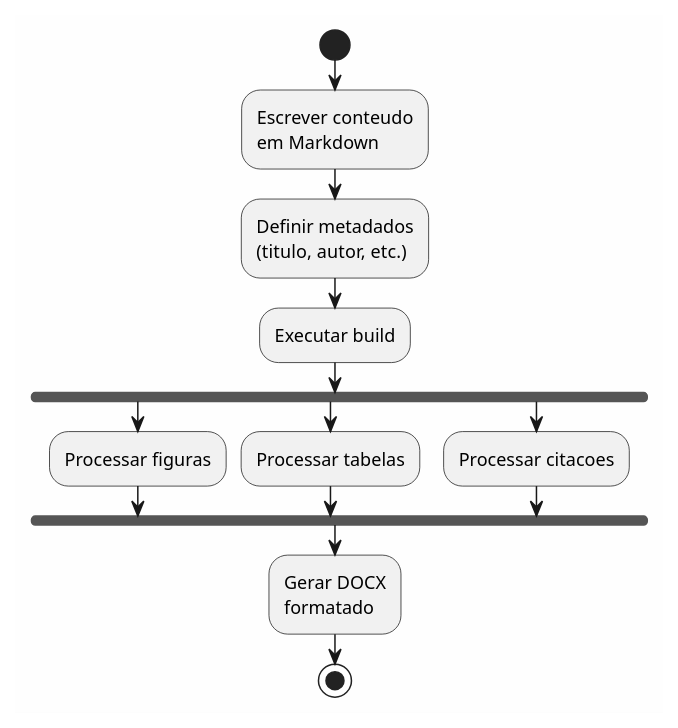
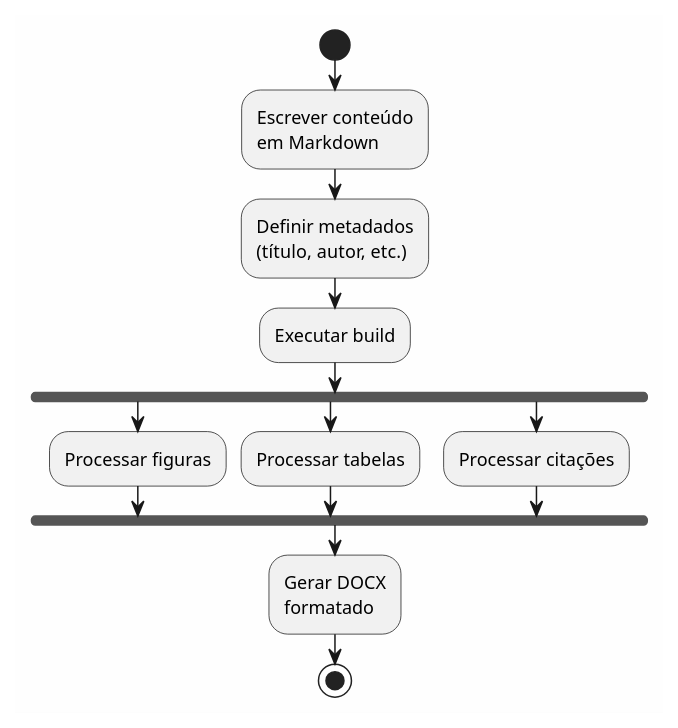
One commit to SpecIR/specc-abnt changed the first of 2 diagrams in examples/monografia.md. Above: the diagram before and after it, drawn with PlantUML. The commit also changed other lines of this file and 17 other files, not shown here.

````diff
--- a/examples/monografia.md
+++ b/examples/monografia.md
@@ -190,21 +224,21 @@
 ```puml:fluxo-documento{caption="Fluxo de criação de documento acadêmico"}
 @startuml
 skinparam backgroundColor #FEFEFE
 
 start
-:Escrever conteudo\nem Markdown;
-:Definir metadados\n(titulo, autor, etc.);
+:Escrever conteúdo\nem Markdown;
+:Definir metadados\n(título, autor, etc.);
 :Executar build;
 
 fork
   :Processar figuras;
 fork again
   :Processar tabelas;
 fork again
-  :Processar citacoes;
+  :Processar citações;
 end fork
 
 :Gerar DOCX\nformatado;
 stop
 @enduml
 ```
````
